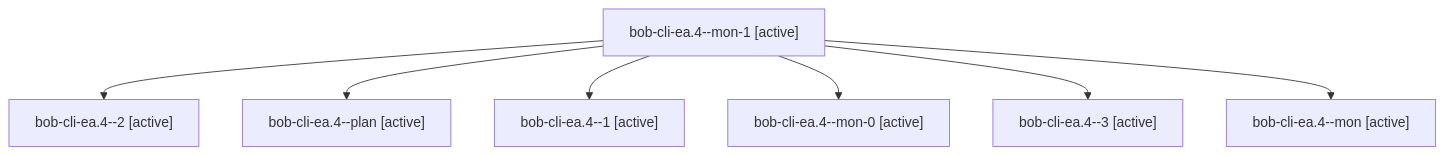
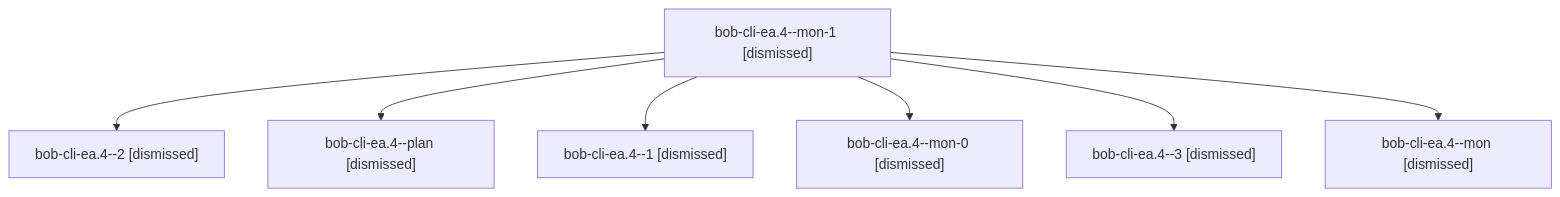
One commit to bobs-org/bob-cli--agents changed the diagram in sessions/bbugyi200.apollo.bob-cli-ea.4.md. Above: the diagram before and after it, drawn with Mermaid. The commit also changed other lines of this file and 256 other files, not shown here.

````diff
--- a/sessions/bbugyi200.apollo.bob-cli-ea.4.md
+++ b/sessions/bbugyi200.apollo.bob-cli-ea.4.md
@@ -9,16 +9,16 @@
 ```mermaid
 flowchart TD
-  n0["bob-cli-ea.4--mon-1 [active]"]
-  n1["bob-cli-ea.4--2 [active]"]
+  n0["bob-cli-ea.4--mon-1 [dismissed]"]
+  n1["bob-cli-ea.4--2 [dismissed]"]
   n0 --> n1
-  n2["bob-cli-ea.4--plan [active]"]
+  n2["bob-cli-ea.4--plan [dismissed]"]
   n0 --> n2
-  n3["bob-cli-ea.4--1 [active]"]
+  n3["bob-cli-ea.4--1 [dismissed]"]
   n0 --> n3
-  n4["bob-cli-ea.4--mon-0 [active]"]
+  n4["bob-cli-ea.4--mon-0 [dismissed]"]
   n0 --> n4
-  n5["bob-cli-ea.4--3 [active]"]
+  n5["bob-cli-ea.4--3 [dismissed]"]
   n0 --> n5
-  n6["bob-cli-ea.4--mon [active]"]
+  n6["bob-cli-ea.4--mon [dismissed]"]
   n0 --> n6
 ```
````
